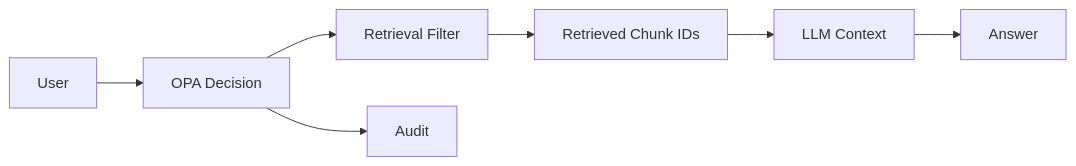
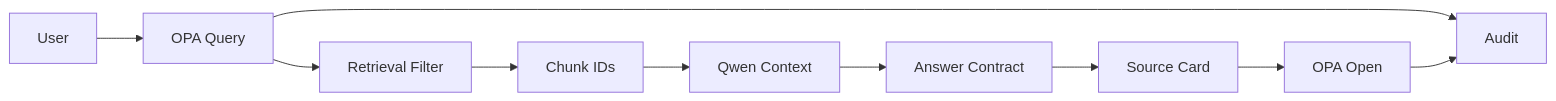
Before and after one commit to hori5000/Rulmera-OPA: the diagram in rulmera-enterprise-knowledge/40-시험-검증/03-보안-누출-시험.md, drawn with Mermaid. The commit also changed other lines of this file and 38 other files, not shown here.

````diff
--- a/rulmera-enterprise-knowledge/40-시험-검증/03-보안-누출-시험.md
+++ b/rulmera-enterprise-knowledge/40-시험-검증/03-보안-누출-시험.md
@@ -23,9 +28,12 @@
 ```mermaid
 flowchart LR
-  U[User] --> O[OPA Decision]
+  U[User] --> O[OPA Query]
   O --> F[Retrieval Filter]
-  F --> C[Retrieved Chunk IDs]
-  C --> L[LLM Context]
-  L --> A[Answer]
+  F --> C[Chunk IDs]
+  C --> L[Qwen Context]
+  L --> A[Answer Contract]
+  A --> S[Source Card]
+  S --> OO[OPA Open]
   O --> G[Audit]
+  OO --> G
 ```
````
